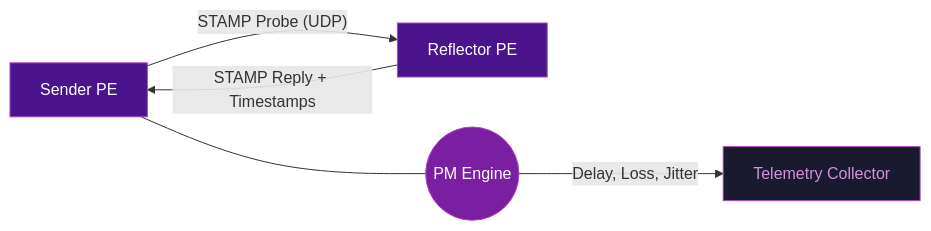
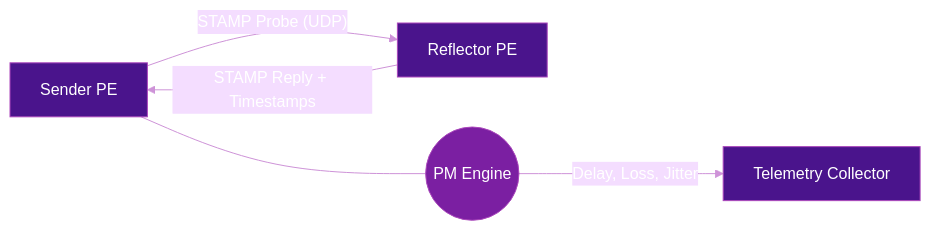
One commit to eldaninavas/srv6.md changed the diagram in docs/topics/srpm.md. Above: the diagram before and after it, drawn with Mermaid. The commit also changed 26 other files, not shown here.

First line of the commit message:
fix: Mermaid diagram text visibility in light mode + categorize RFC nav

````diff
--- a/docs/topics/srpm.md
+++ b/docs/topics/srpm.md
@@ -43,11 +43,12 @@
 ```mermaid
+%%{init: {"theme": "base", "themeVariables": {"primaryTextColor": "#fff", "lineColor": "#ce93d8", "textColor": "#fff"}}}%%
 graph LR
     S[Sender PE] -->|"STAMP Probe (UDP)"| R[Reflector PE]
     R -->|"STAMP Reply + Timestamps"| S
     S --- M((PM Engine))
     M -->|"Delay, Loss, Jitter"| T[Telemetry Collector]
     style S fill:#4a148c,color:#fff,stroke:#ab47bc
     style R fill:#4a148c,color:#fff,stroke:#ab47bc
     style M fill:#7b1fa2,color:#fff,stroke:#ab47bc
-    style T fill:#1a1a2e,color:#ce93d8,stroke:#ab47bc
+    style T fill:#4a148c,color:#fff,stroke:#ab47bc
 ```
````
